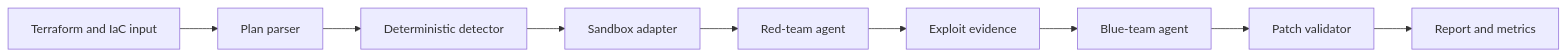
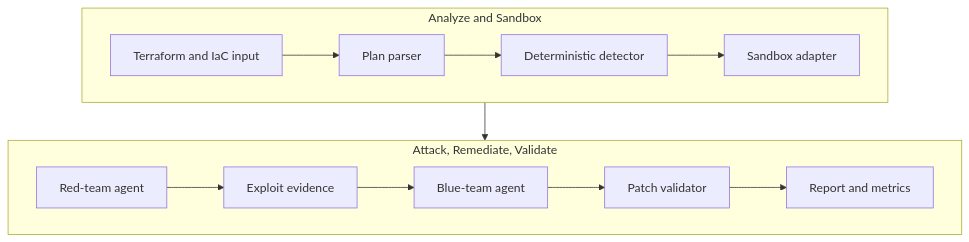
Before and after one commit to Ker102/nullstate-cli: the diagram in README.md, drawn with Mermaid. The commit also changed other lines of this file and 16 other files, not shown here.

````diff
--- a/README.md
+++ b/README.md
@@ -23,11 +25,19 @@
 ```mermaid
-flowchart LR
-    IaC[Terraform and IaC input] --> Parser[Plan parser]
-    Parser --> Detector[Deterministic detector]
-    Detector --> Sandbox[Sandbox adapter]
-    Sandbox --> Red[Red-team agent]
-    Red --> Evidence[Exploit evidence]
-    Evidence --> Blue[Blue-team agent]
-    Blue --> Patch[Patch validator]
-    Patch --> Report[Report and metrics]
+flowchart TB
+    subgraph Analyze["Analyze and Sandbox"]
+        direction LR
+        IaC[Terraform and IaC input] --> Parser[Plan parser]
+        Parser --> Detector[Deterministic detector]
+        Detector --> Sandbox[Sandbox adapter]
+    end
+
+    subgraph Validate["Attack, Remediate, Validate"]
+        direction LR
+        Red[Red-team agent] --> Evidence[Exploit evidence]
+        Evidence --> Blue[Blue-team agent]
+        Blue --> Patch[Patch validator]
+        Patch --> Report[Report and metrics]
+    end
+
+    Sandbox --> Red
 ```
````
